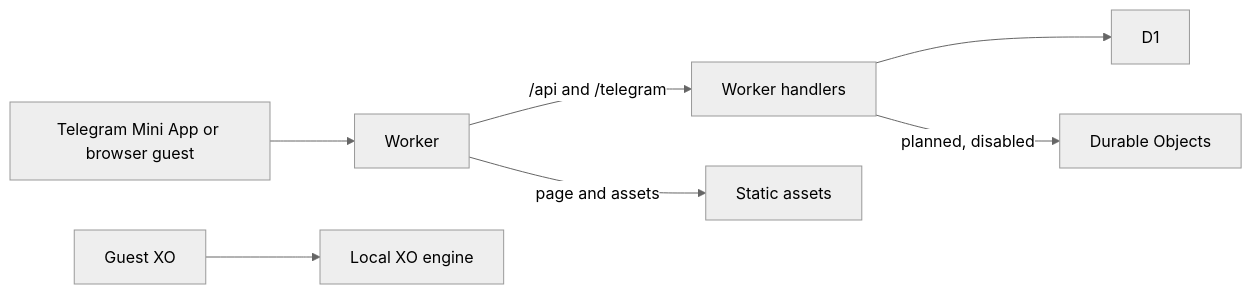
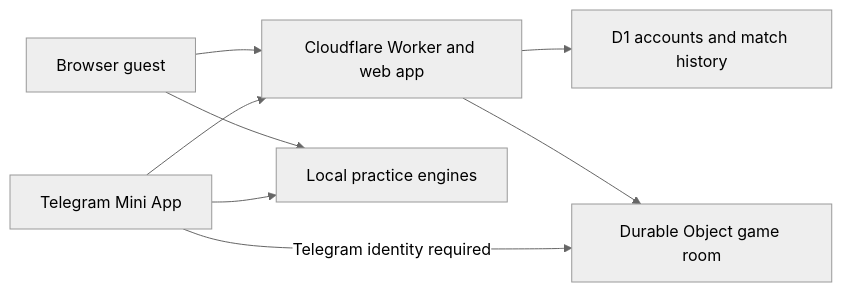
One commit to sophionasm-cloud/dire-bet changed the diagram in docs/ARCHITECTURE.md. Above: the diagram before and after it, drawn with Mermaid (neutral theme). The commit also changed other lines of this file and 23 other files, not shown here.

````diff
--- a/docs/ARCHITECTURE.md
+++ b/docs/ARCHITECTURE.md
@@ -15,9 +13,10 @@
 ```mermaid
 flowchart LR
-  T[Telegram Mini App or browser guest] --> W[Worker]
-  W -->|/api and /telegram| H[Worker handlers]
-  W -->|page and assets| A[Static assets]
-  H --> D[D1]
-  H -->|planned, disabled| O[Durable Objects]
-  G[Guest XO] --> E[Local XO engine]
+  G[Browser guest] --> W[Cloudflare Worker and web app]
+  T[Telegram Mini App] --> W
+  W --> D[D1 accounts and match history]
+  W --> R[Durable Object game room]
+  G --> P[Local practice engines]
+  T --> P
+  T -->|Telegram identity required| R
 ```
````
